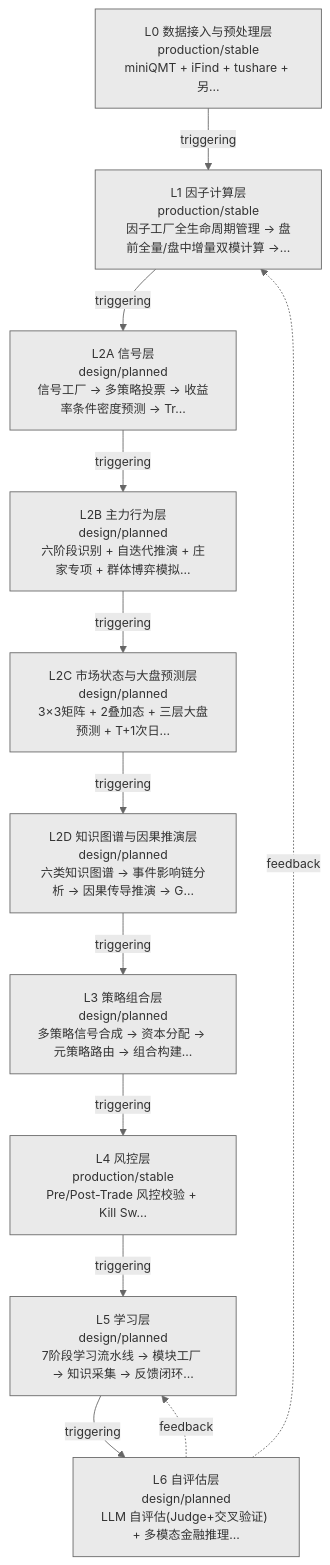
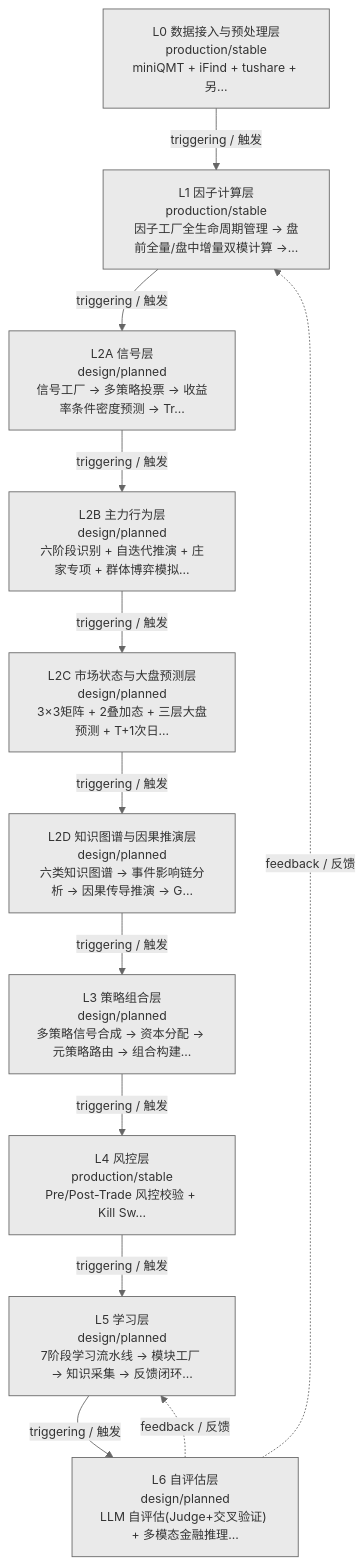
The diagram in docs/02_enterprise_architecture/06_decision_architecture/20_decision_layers.md (xuanFelixVan/ZephyrAlpha), drawn with Mermaid before and after one commit. The commit also changed other lines of this file and 23 other files, not shown here.

First line of the commit message:
feat(decision-diagram): mermaid 边标签加中文（triggering/触发 等）

````diff
--- a/docs/02_enterprise_architecture/06_decision_architecture/20_decision_layers.md
+++ b/docs/02_enterprise_architecture/06_decision_architecture/20_decision_layers.md
@@ -10,25 +10,25 @@
 ```mermaid
 %%{init: {'theme': 'base', 'themeVariables': {'primaryColor': '#eaeaea', 'primaryTextColor': '#333333', 'primaryBorderColor': '#666666', 'lineColor': '#666666', 'secondaryColor': '#eaeaea', 'tertiaryColor': '#eaeaea', 'fontSize': '14px'}}}%%
 flowchart TD
     LL0["L0 数据接入与预处理层<br/>production/stable<br/>miniQMT + iFind + tushare + 另…"]
     LL1["L1 因子计算层<br/>production/stable<br/>因子工厂全生命周期管理 → 盘前全量/盘中增量双模计算 →…"]
     LL2A["L2A 信号层<br/>design/planned<br/>信号工厂 → 多策略投票 → 收益率条件密度预测 → Tr…"]
     LL2B["L2B 主力行为层<br/>design/planned<br/>六阶段识别 + 自迭代推演 + 庄家专项 + 群体博弈模拟…"]
     LL2C["L2C 市场状态与大盘预测层<br/>design/planned<br/>3×3矩阵 + 2叠加态 + 三层大盘预测 + T+1次日…"]
     LL2D["L2D 知识图谱与因果推演层<br/>design/planned<br/>六类知识图谱 → 事件影响链分析 → 因果传导推演 → G…"]
     LL3["L3 策略组合层<br/>design/planned<br/>多策略信号合成 → 资本分配 → 元策略路由 → 组合构建…"]
     LL4["L4 风控层<br/>production/stable<br/>Pre/Post-Trade 风控校验 + Kill Sw…"]
     LL5["L5 学习层<br/>design/planned<br/>7阶段学习流水线 → 模块工厂 → 知识采集 → 反馈闭环…"]
     LL6["L6 自评估层<br/>design/planned<br/>LLM 自评估(Judge+交叉验证) + 多模态金融推理…"]
-    LL0 -->|triggering| LL1
-    LL1 -->|triggering| LL2A
-    LL2A -->|triggering| LL2B
-    LL2B -->|triggering| LL2C
-    LL2C -->|triggering| LL2D
-    LL2D -->|triggering| LL3
-    LL3 -->|triggering| LL4
-    LL4 -->|triggering| LL5
-    LL5 -->|triggering| LL6
-    LL6 -.->|feedback| LL1
-    LL6 -.->|feedback| LL5
+    LL0 -->|triggering / 触发| LL1
+    LL1 -->|triggering / 触发| LL2A
+    LL2A -->|triggering / 触发| LL2B
+    LL2B -->|triggering / 触发| LL2C
+    LL2C -->|triggering / 触发| LL2D
+    LL2D -->|triggering / 触发| LL3
+    LL3 -->|triggering / 触发| LL4
+    LL4 -->|triggering / 触发| LL5
+    LL5 -->|triggering / 触发| LL6
+    LL6 -.->|feedback / 反馈| LL1
+    LL6 -.->|feedback / 反馈| LL5
 ```
````
